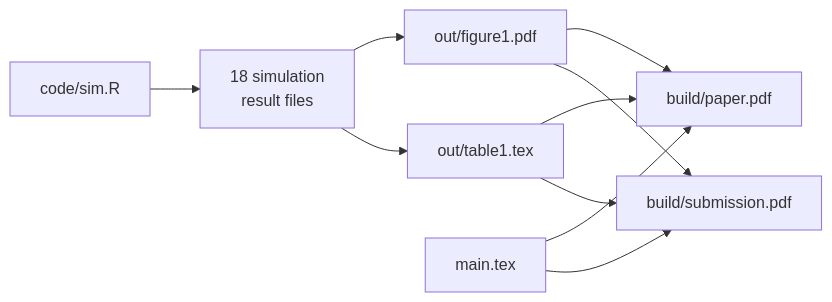
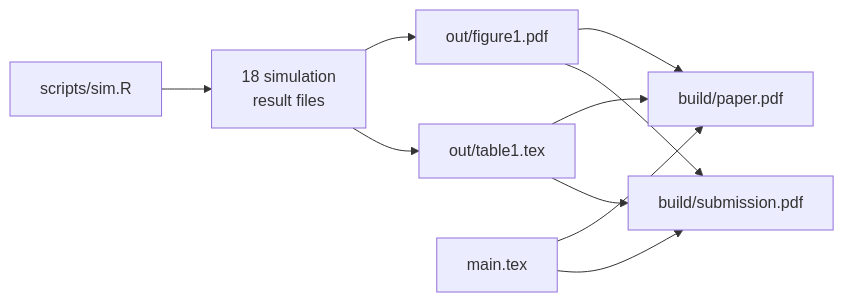
Before and after one commit to lharris421/snakemake-tutorial: the diagram in index.qmd, drawn with Mermaid. The commit also changed other lines of this file and 46 other files, not shown here.

First line of the commit message:
Rename code/ to scripts/

````diff
--- a/index.qmd
+++ b/index.qmd
@@ -54,13 +56,13 @@
 ```{mermaid}
 %%| fig-align: center
 flowchart LR
-  C[code/sim.R] --> S1[18 simulation<br/>result files]
+  C[scripts/sim.R] --> S1[18 simulation<br/>result files]
   S1 --> F[out/figure1.pdf]
   S1 --> T[out/table1.tex]
   F --> P[build/paper.pdf]
   T --> P
   M[main.tex] --> P
   M --> R[build/submission.pdf]
   F --> R
   T --> R
 ```
````
